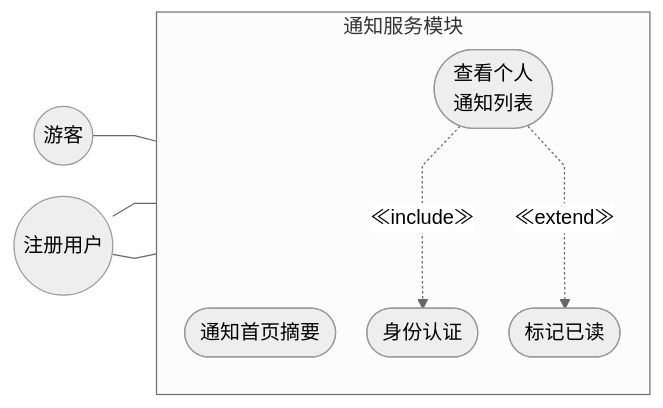
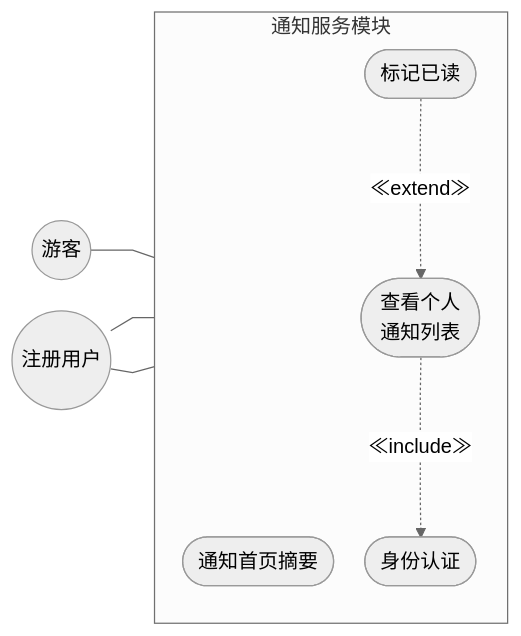
One commit to Wkjlovec/graduation_project_zhuang changed the diagram in docs/diagrams/fig3-5-notify-usecase.mmd. Above: the diagram before and after it, drawn with Mermaid. The commit also changed 11 other files, not shown here.

Commit message:
docs: 修正全部用例图extend箭头方向(从扩展用例指向基用例)

```diff
--- a/docs/diagrams/fig3-5-notify-usecase.mmd
+++ b/docs/diagrams/fig3-5-notify-usecase.mmd
@@ -1,18 +1,18 @@
 %%{init: {'theme': 'neutral', 'flowchart': {'curve': 'linear', 'rankSpacing': 35, 'nodeSpacing': 25}}}%%
 graph LR
     Guest((游客))
     User((注册用户))
 
     subgraph 通知服务模块
         direction TB
         UC1([通知首页摘要])
         UC2([查看个人\n通知列表])
         UC3([身份认证])
         UC4([标记已读])
     end
 
     Guest --- UC1
     User --- UC1
     User --- UC2
     UC2 -..->|"≪include≫"| UC3
-    UC2 -..->|"≪extend≫"| UC4
+    UC4 -..->|"≪extend≫"| UC2
```
